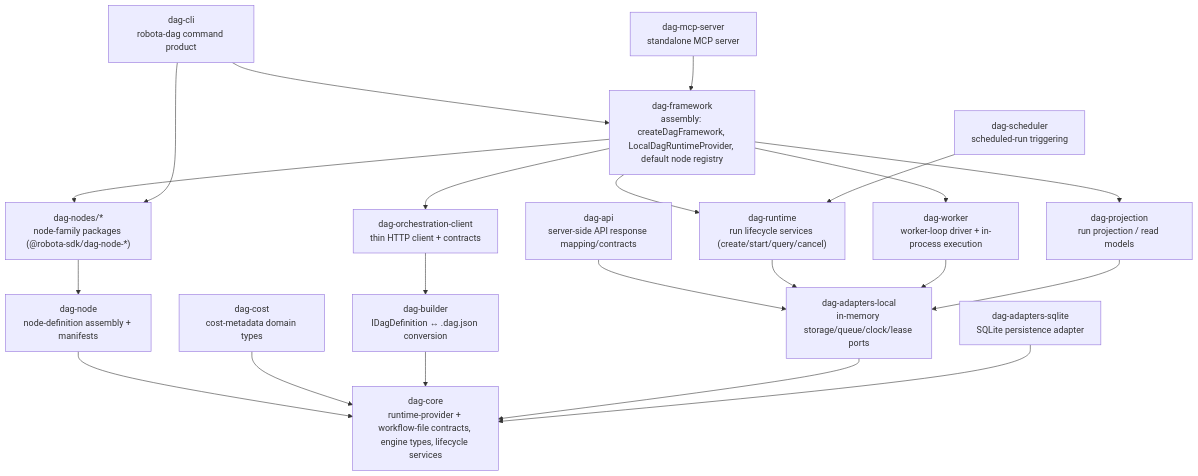
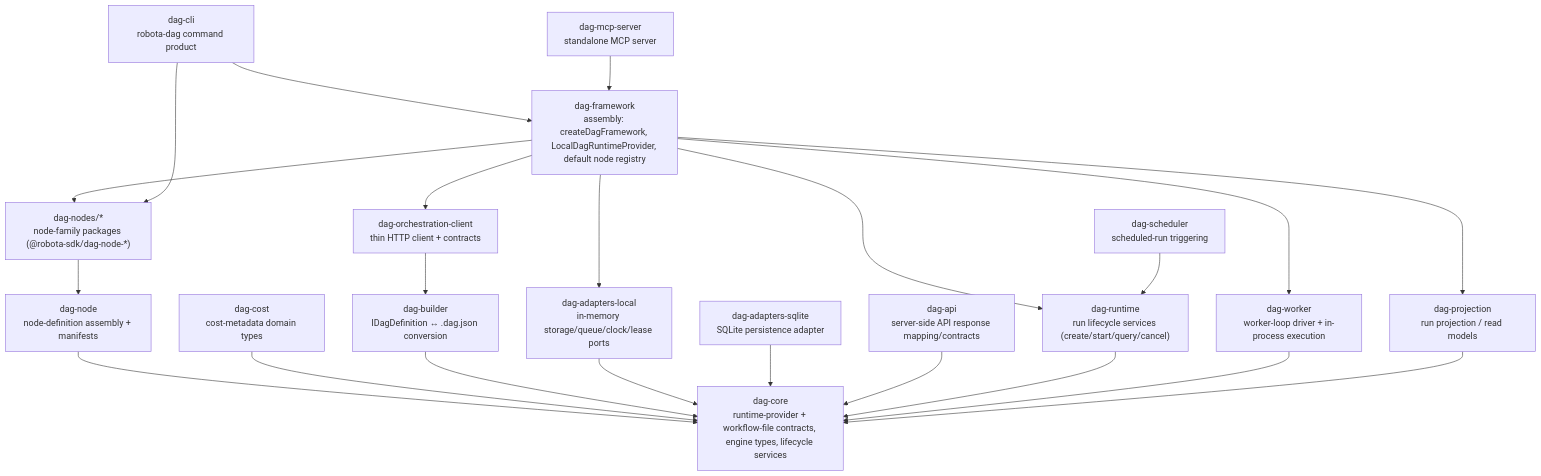
Before and after one commit to woojubb/robota: the diagram in .agents/specs/architecture-map/dag-system.md, drawn with Mermaid. The commit also changed other lines of this file and 13 other files, not shown here.

````diff
--- a/.agents/specs/architecture-map/dag-system.md
+++ b/.agents/specs/architecture-map/dag-system.md
@@ -9,40 +9,41 @@
 ```mermaid
 flowchart TD
   Core["dag-core\nruntime-provider + workflow-file contracts, engine types, lifecycle services"]
   Node["dag-node\nnode-definition assembly + manifests"]
   Cost["dag-cost\ncost-metadata domain types"]
   Builder["dag-builder\nIDagDefinition ↔ .dag.json conversion"]
   AdaptersLocal["dag-adapters-local\nin-memory storage/queue/clock/lease ports"]
   AdaptersSqlite["dag-adapters-sqlite\nSQLite persistence adapter"]
   Api["dag-api\nserver-side API response mapping/contracts"]
   Runtime["dag-runtime\nrun lifecycle services (create/start/query/cancel)"]
   Worker["dag-worker\nworker-loop driver + in-process execution"]
   Projection["dag-projection\nrun projection / read models"]
   OrchClient["dag-orchestration-client\nthin HTTP client + contracts"]
   Framework["dag-framework\nassembly: createDagFramework, LocalDagRuntimeProvider, default node registry"]
   Nodes["dag-nodes/*\nnode-family packages (@robota-sdk/dag-node-*)"]
   Cli["dag-cli\nrobota-dag command product"]
   Mcp["dag-mcp-server\nstandalone MCP server"]
   Scheduler["dag-scheduler\nscheduled-run triggering"]
 
   Node --> Core
   Cost --> Core
   Builder --> Core
   AdaptersLocal --> Core
   AdaptersSqlite --> Core
-  Api --> AdaptersLocal
-  Runtime --> AdaptersLocal
-  Worker --> AdaptersLocal
-  Projection --> AdaptersLocal
+  Api --> Core
+  Runtime --> Core
+  Worker --> Core
+  Projection --> Core
   OrchClient --> Builder
   Nodes --> Node
+  Framework --> AdaptersLocal
   Framework --> Runtime
   Framework --> Worker
   Framework --> Projection
   Framework --> Nodes
   Framework --> OrchClient
   Cli --> Framework
   Cli --> Nodes
   Mcp --> Framework
   Scheduler --> Runtime
 ```
````
